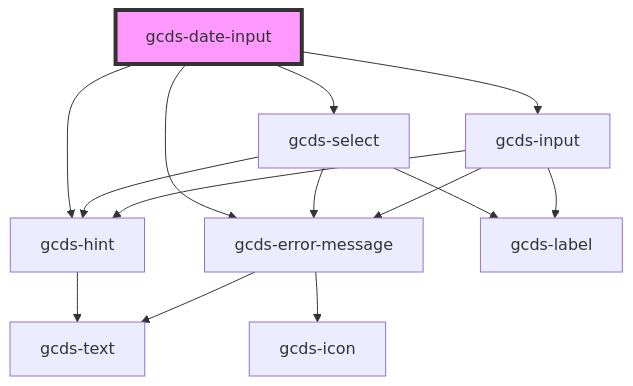
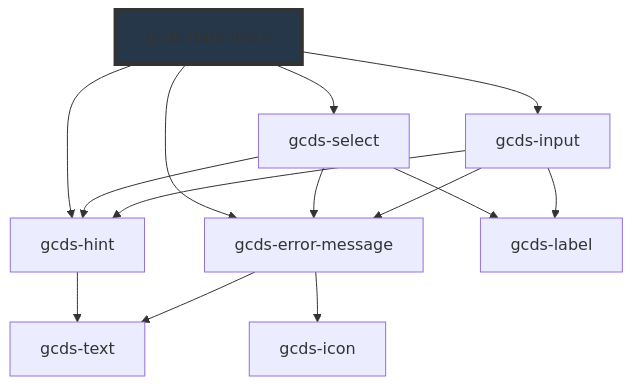
The diagram in packages/web/src/components/gcds-date-input/readme.md (cds-snc/gcds-components), drawn with Mermaid before and after one commit. The commit also changed other lines of this file and 21 other files, not shown here.

````diff
--- a/packages/web/src/components/gcds-date-input/readme.md
+++ b/packages/web/src/components/gcds-date-input/readme.md
@@ -59,17 +59,17 @@
 ```mermaid
 graph TD;
   gcds-date-input --> gcds-select
   gcds-date-input --> gcds-input
   gcds-date-input --> gcds-hint
   gcds-date-input --> gcds-error-message
   gcds-select --> gcds-label
   gcds-select --> gcds-hint
   gcds-select --> gcds-error-message
   gcds-hint --> gcds-text
   gcds-error-message --> gcds-text
   gcds-error-message --> gcds-icon
   gcds-input --> gcds-label
   gcds-input --> gcds-hint
   gcds-input --> gcds-error-message
-  style gcds-date-input fill:#f9f,stroke:#333,stroke-width:4px
+  style gcds-date-input fill:#26374a,stroke:#333,stroke-width:4px
 ```
````
